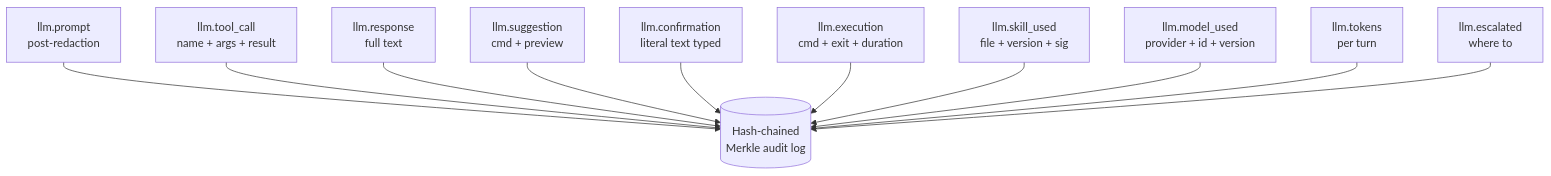
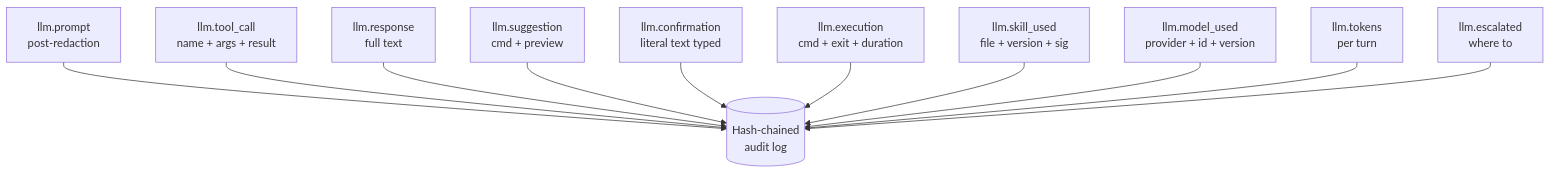
One commit to cybertec-postgresql/pg_hardstorage changed the second of 2 diagrams in docs/explanation/llm-safety-stack.md. Above: the diagram before and after it, drawn with Mermaid. The commit also changed other lines of this file and 42 other files, not shown here.

````diff
--- a/docs/explanation/llm-safety-stack.md
+++ b/docs/explanation/llm-safety-stack.md
@@ -206,24 +206,24 @@
 ```mermaid
 graph TD
     P[llm.prompt<br/>post-redaction]
     T[llm.tool_call<br/>name + args + result]
     R[llm.response<br/>full text]
     S[llm.suggestion<br/>cmd + preview]
     C[llm.confirmation<br/>literal text typed]
     X[llm.execution<br/>cmd + exit + duration]
     Sk[llm.skill_used<br/>file + version + sig]
     M[llm.model_used<br/>provider + id + version]
     Ts[llm.tokens<br/>per turn]
     E[llm.escalated<br/>where to]
 
-    P --> Chain[(Hash-chained<br/>Merkle audit log)]
+    P --> Chain[(Hash-chained<br/>audit log)]
     T --> Chain
     R --> Chain
     S --> Chain
     C --> Chain
     X --> Chain
     Sk --> Chain
     M --> Chain
     Ts --> Chain
     E --> Chain
 ```
````
